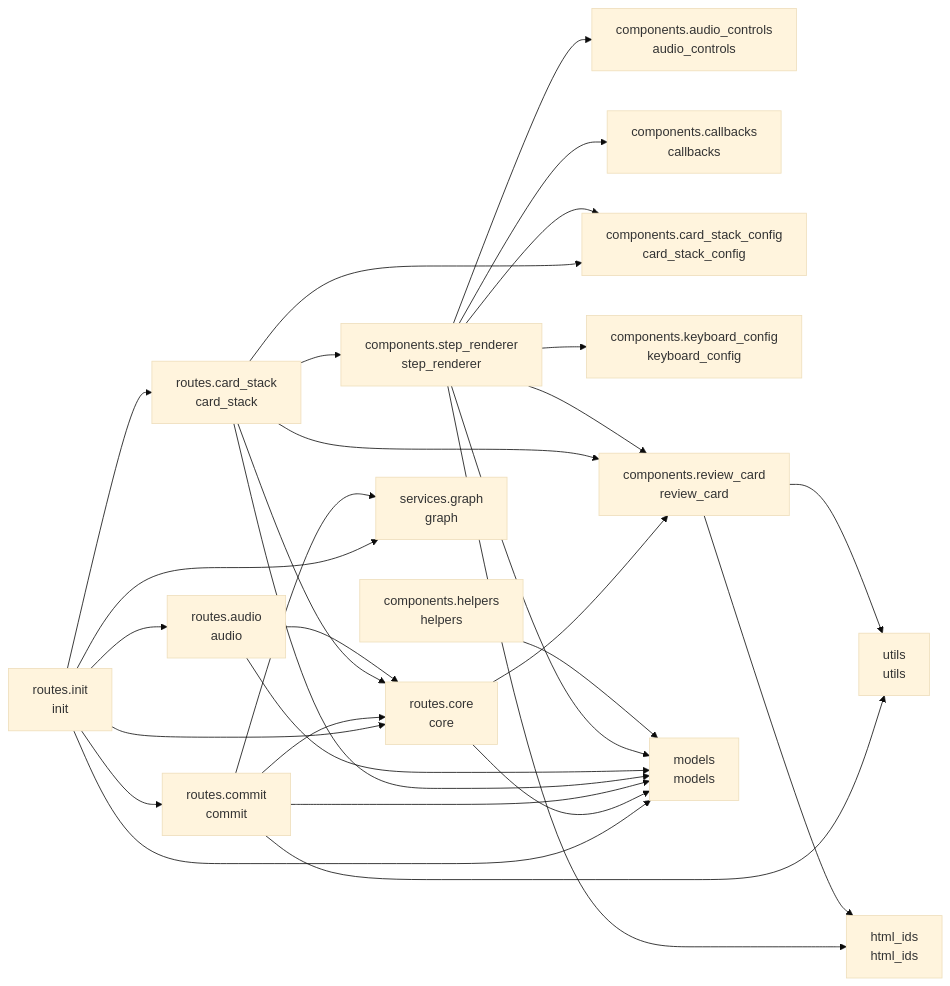
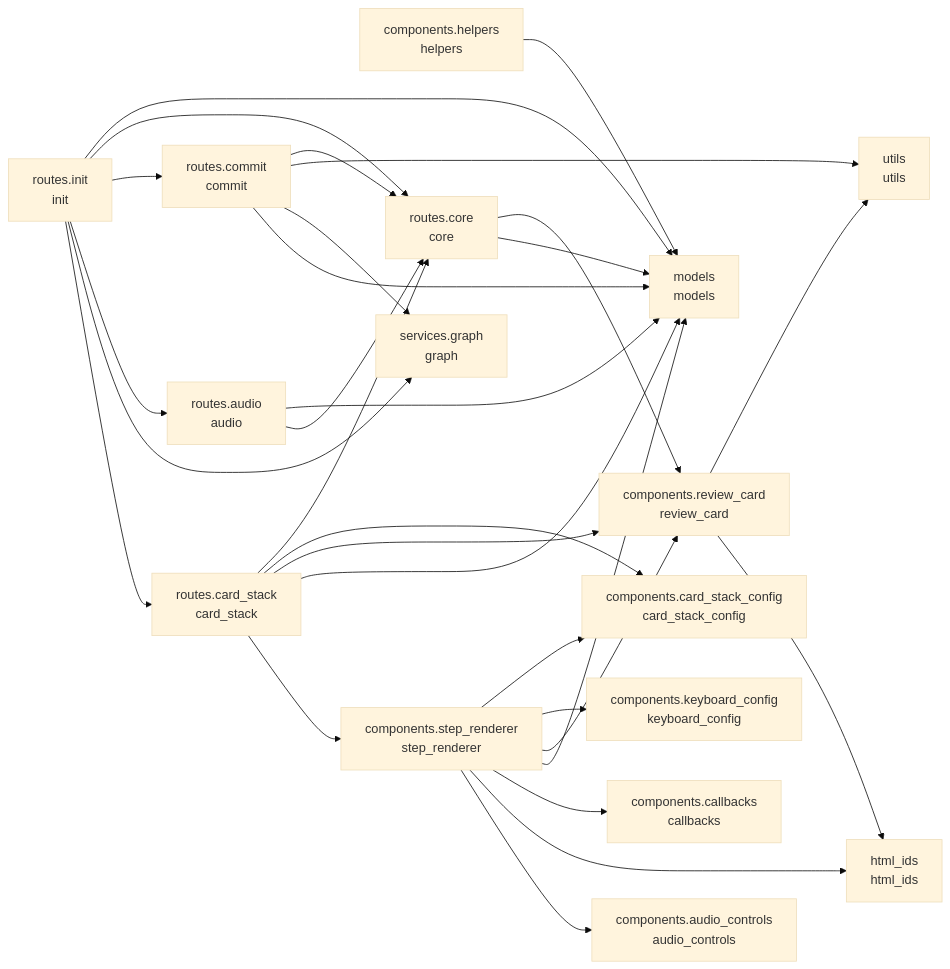
One commit to cj-mills/cjm-transcript-review changed the diagram in README.md. Above: the diagram before and after it, drawn with Mermaid (base theme). The commit also changed other lines of this file and 6 other files, not shown here.

````diff
--- a/README.md
+++ b/README.md
@@ -39,49 +39,49 @@
 ``` mermaid
 graph LR
     components_audio_controls[components.audio_controls<br/>audio_controls]
     components_callbacks[components.callbacks<br/>callbacks]
     components_card_stack_config[components.card_stack_config<br/>card_stack_config]
     components_helpers[components.helpers<br/>helpers]
     components_keyboard_config[components.keyboard_config<br/>keyboard_config]
     components_review_card[components.review_card<br/>review_card]
     components_step_renderer[components.step_renderer<br/>step_renderer]
     html_ids[html_ids<br/>html_ids]
     models[models<br/>models]
     routes_audio[routes.audio<br/>audio]
     routes_card_stack[routes.card_stack<br/>card_stack]
     routes_commit[routes.commit<br/>commit]
     routes_core[routes.core<br/>core]
     routes_init[routes.init<br/>init]
     services_graph[services.graph<br/>graph]
     utils[utils<br/>utils]
 
     components_helpers --> models
     components_review_card --> utils
     components_review_card --> html_ids
+    components_step_renderer --> components_card_stack_config
+    components_step_renderer --> components_keyboard_config
+    components_step_renderer --> components_review_card
+    components_step_renderer --> models
     components_step_renderer --> components_callbacks
-    components_step_renderer --> models
-    components_step_renderer --> components_review_card
-    components_step_renderer --> components_card_stack_config
     components_step_renderer --> html_ids
     components_step_renderer --> components_audio_controls
-    components_step_renderer --> components_keyboard_config
     routes_audio --> models
     routes_audio --> routes_core
+    routes_card_stack --> routes_core
+    routes_card_stack --> components_card_stack_config
+    routes_card_stack --> components_review_card
     routes_card_stack --> models
-    routes_card_stack --> routes_core
     routes_card_stack --> components_step_renderer
-    routes_card_stack --> components_review_card
-    routes_card_stack --> components_card_stack_config
+    routes_commit --> routes_core
+    routes_commit --> utils
+    routes_commit --> services_graph
     routes_commit --> models
-    routes_commit --> utils
-    routes_commit --> routes_core
-    routes_commit --> services_graph
     routes_core --> components_review_card
     routes_core --> models
+    routes_init --> models
     routes_init --> routes_core
     routes_init --> routes_commit
-    routes_init --> models
-    routes_init --> routes_card_stack
     routes_init --> routes_audio
     routes_init --> services_graph
+    routes_init --> routes_card_stack
 ```
````
